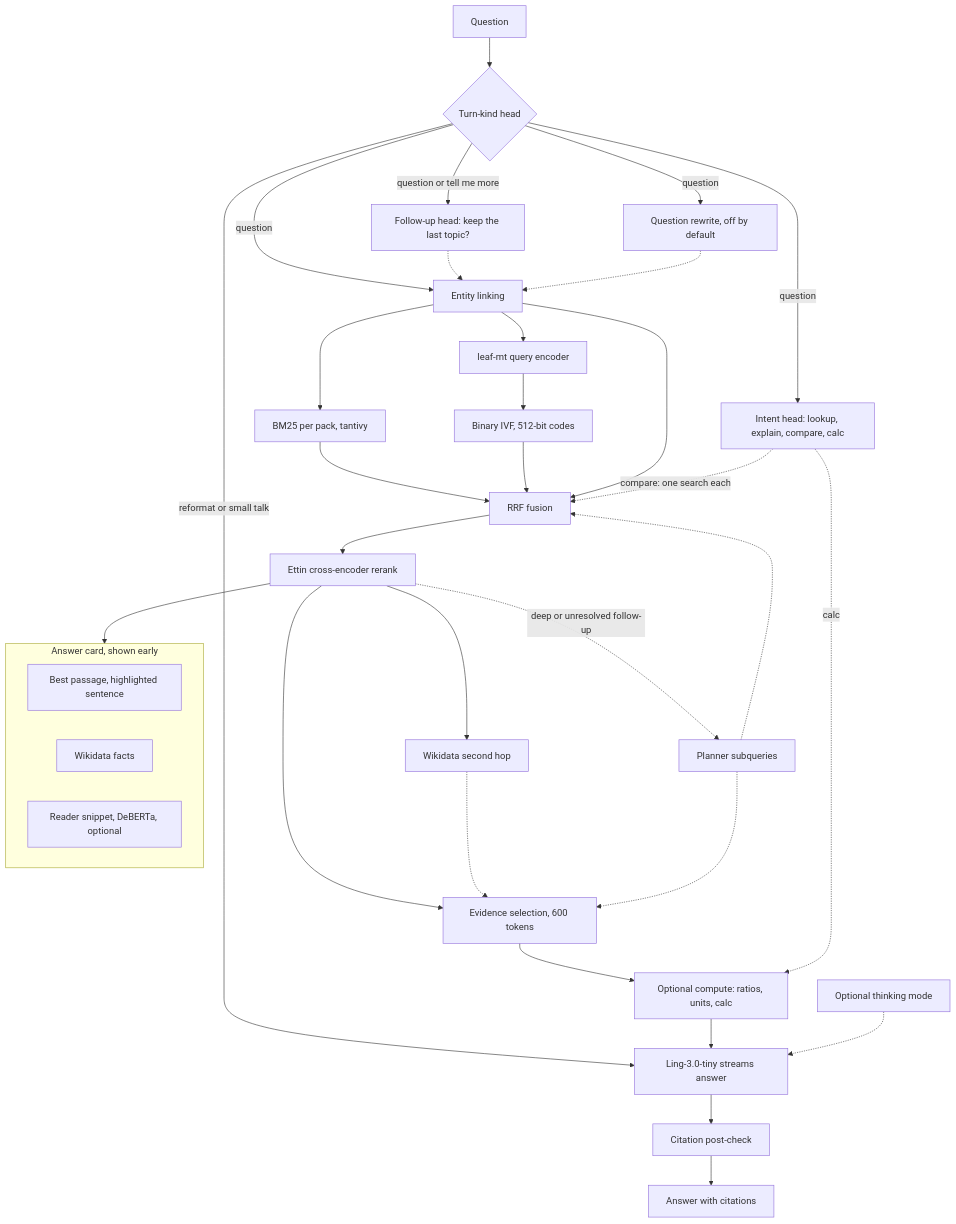
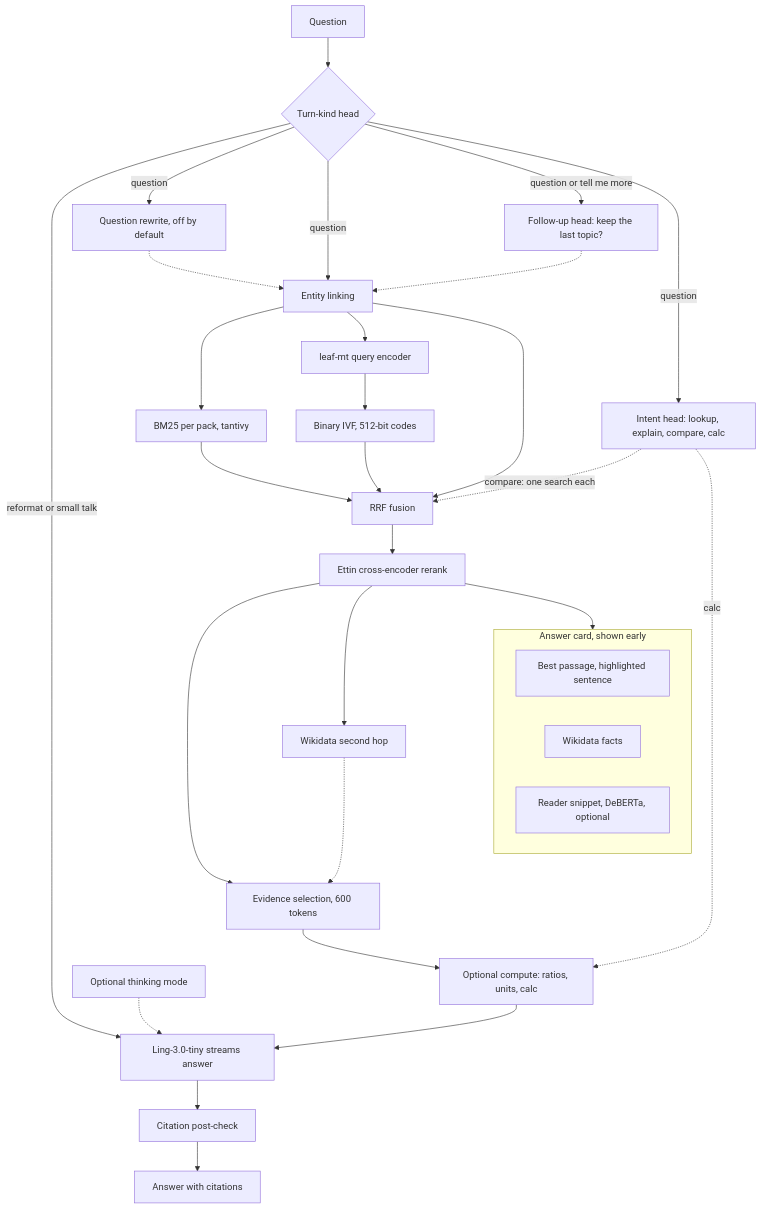
Before and after one commit to 0xPD33/commonplace: the fifth of 5 diagrams in README.md, drawn with Mermaid. The commit also changed 24 other files, not shown here.

First line of the commit message:
Remove deep mode and the planner

````diff
--- a/README.md
+++ b/README.md
@@ -198,37 +198,34 @@
 ```mermaid
 flowchart TD
   Q["Question"] --> TK{"Turn-kind head"}
   TK -->|"reformat or small talk"| GEN
   TK -->|"question"| REW["Question rewrite, off by default"]
   TK -->|"question"| ENT["Entity linking"]
   TK -->|"question or tell me more"| FU["Follow-up head: keep the last topic?"]
   FU -.-> ENT
   REW -.-> ENT
   TK -->|"question"| INT["Intent head: lookup, explain, compare, calc"]
   ENT --> BM25["BM25 per pack, tantivy"]
   ENT --> ENC["leaf-mt query encoder"]
   ENC --> IVF["Binary IVF, 512-bit codes"]
   BM25 --> RRF["RRF fusion"]
   IVF --> RRF
   ENT --> RRF
   INT -.->|"compare: one search each"| RRF
   RRF --> RR["Ettin cross-encoder rerank"]
   RR --> CARD
   subgraph CARD["Answer card, shown early"]
     P["Best passage, highlighted sentence"]
     F["Wikidata facts"]
     R["Reader snippet, DeBERTa, optional"]
   end
-  RR -.->|"deep or unresolved follow-up"| PLAN["Planner subqueries"]
-  PLAN -.-> RRF
   RR --> EV["Evidence selection, 600 tokens"]
   RR --> HOP["Wikidata second hop"]
   HOP -.-> EV
-  PLAN -.-> EV
   EV --> COMP["Optional compute: ratios, units, calc"]
   INT -.->|"calc"| COMP
   COMP --> GEN["Ling-3.0-tiny streams answer"]
   THINK["Optional thinking mode"] -.-> GEN
   GEN --> CHK["Citation post-check"]
   CHK --> ANS["Answer with citations"]
 ```
````
